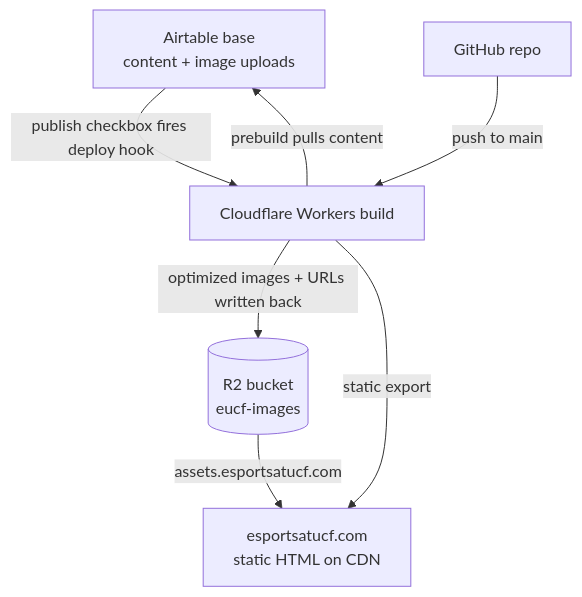
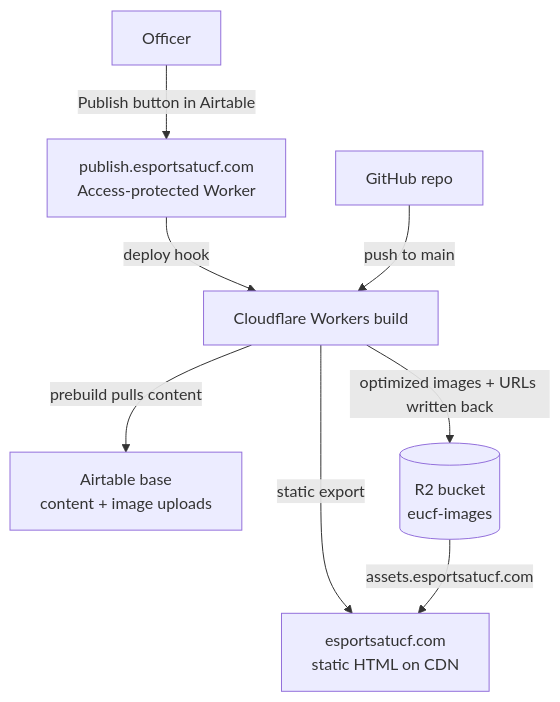
Before and after one commit to ErikaDalzina/EUCF-Website: the diagram in docs/SETUP.md, drawn with Mermaid. The commit also changed other lines of this file and 2 other files, not shown here.

Commit message:
docs: document publishing from the publish page

````diff
--- a/docs/SETUP.md
+++ b/docs/SETUP.md
@@ -27,15 +27,18 @@
 ```mermaid
 flowchart TD
+    OF[Officer]
+    PUB[publish.esportsatucf.com<br/>Access-protected Worker]
     AT[Airtable base<br/>content + image uploads]
     GH[GitHub repo]
     CF[Cloudflare Workers build]
     R2[(R2 bucket<br/>eucf-images)]
     SITE[esportsatucf.com<br/>static HTML on CDN]
 
-    AT -->|publish checkbox fires deploy hook| CF
+    OF -->|Publish button in Airtable| PUB
+    PUB -->|deploy hook| CF
     GH -->|push to main| CF
     CF -->|prebuild pulls content| AT
     CF -->|optimized images + URLs written back| R2
     CF -->|static export| SITE
     R2 -->|assets.esportsatucf.com| SITE
 ```
````
